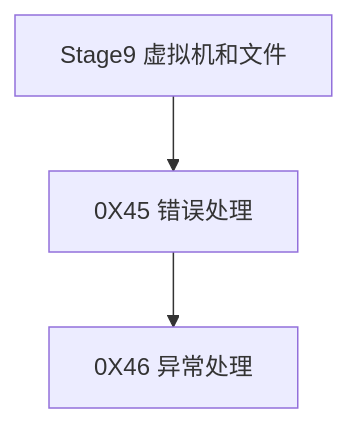
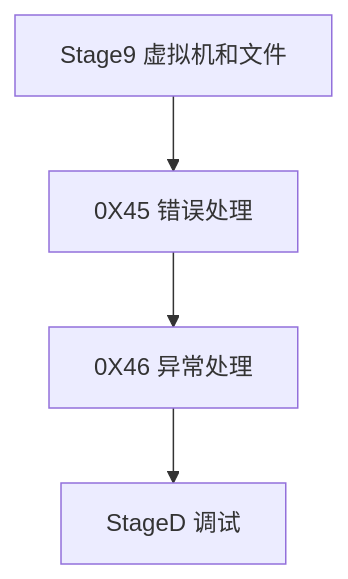
One commit to ZhiZe-ZG/TXLuaLesson changed diagram 13 of 15 in 目录.md. Above: the diagram before and after it, drawn with Mermaid. The commit also changed other lines of this file and 6 other files, not shown here.

````diff
--- a/目录.md
+++ b/目录.md
@@ -372,9 +374,11 @@
 ```mermaid
 graph TD
     S9[Stage9 虚拟机和文件]
+    SD[StageD 调试]
     C45[0X45 错误处理]
     C46[0X46 异常处理]
 
     S9-->C45
     C45-->C46
+    C46-->SD
 ```
````
